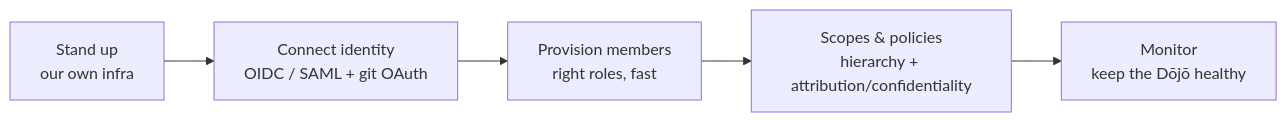
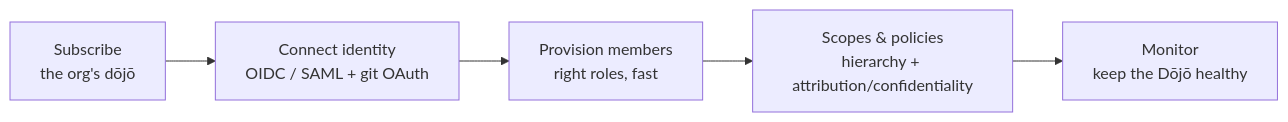
Before and after one commit to sensei-hq/sensei: the third of 5 diagrams in docs/prd/02-objectives.md, drawn with Mermaid. The commit also changed other lines of this file and 12 other files, not shown here.

````diff
--- a/docs/prd/02-objectives.md
+++ b/docs/prd/02-objectives.md
@@ -99,6 +101,6 @@
 ```mermaid
 flowchart LR
-    a1[Stand up<br/>our own infra] --> a2[Connect identity<br/>OIDC / SAML + git OAuth]
+    a1[Subscribe<br/>the org's dōjō] --> a2[Connect identity<br/>OIDC / SAML + git OAuth]
     a2 --> a3[Provision members<br/>right roles, fast] --> a4[Scopes &amp; policies<br/>hierarchy + attribution/confidentiality]
     a4 --> a5[Monitor<br/>keep the Dōjō healthy]
 ```
````
